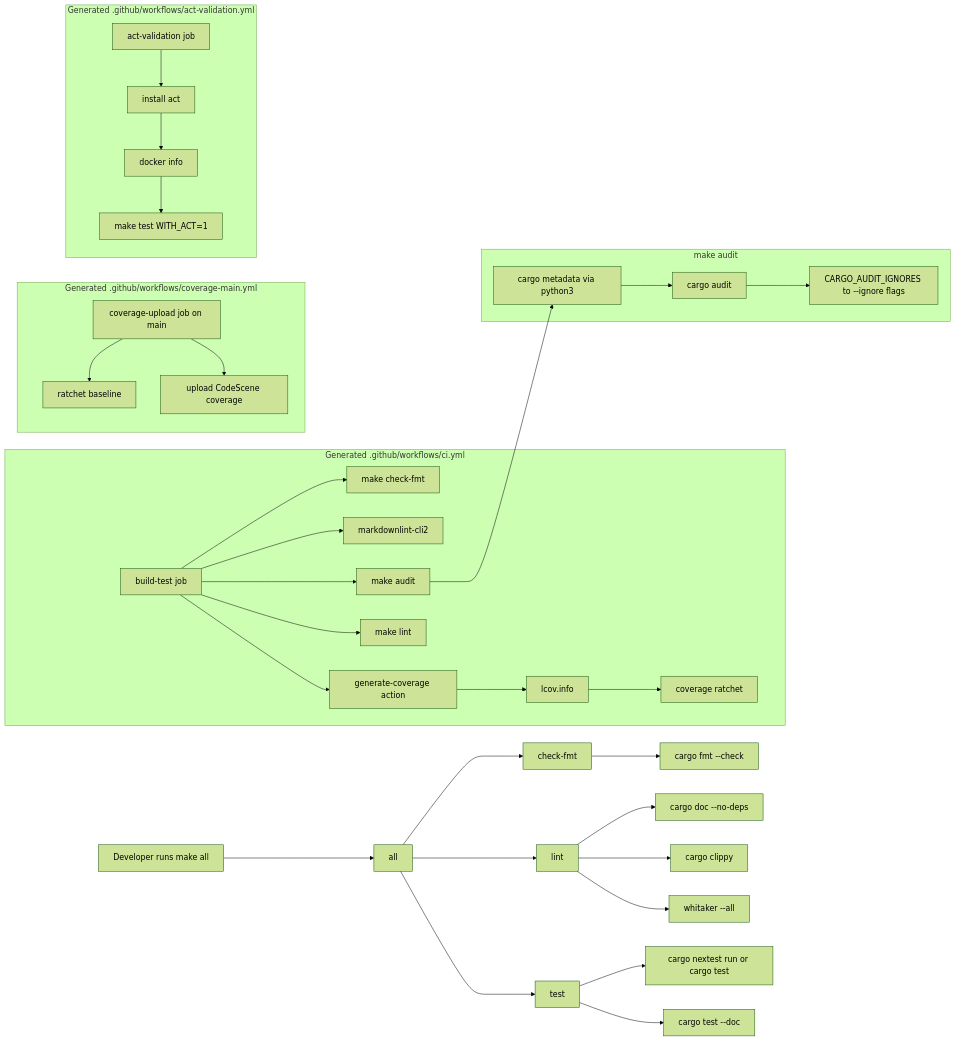
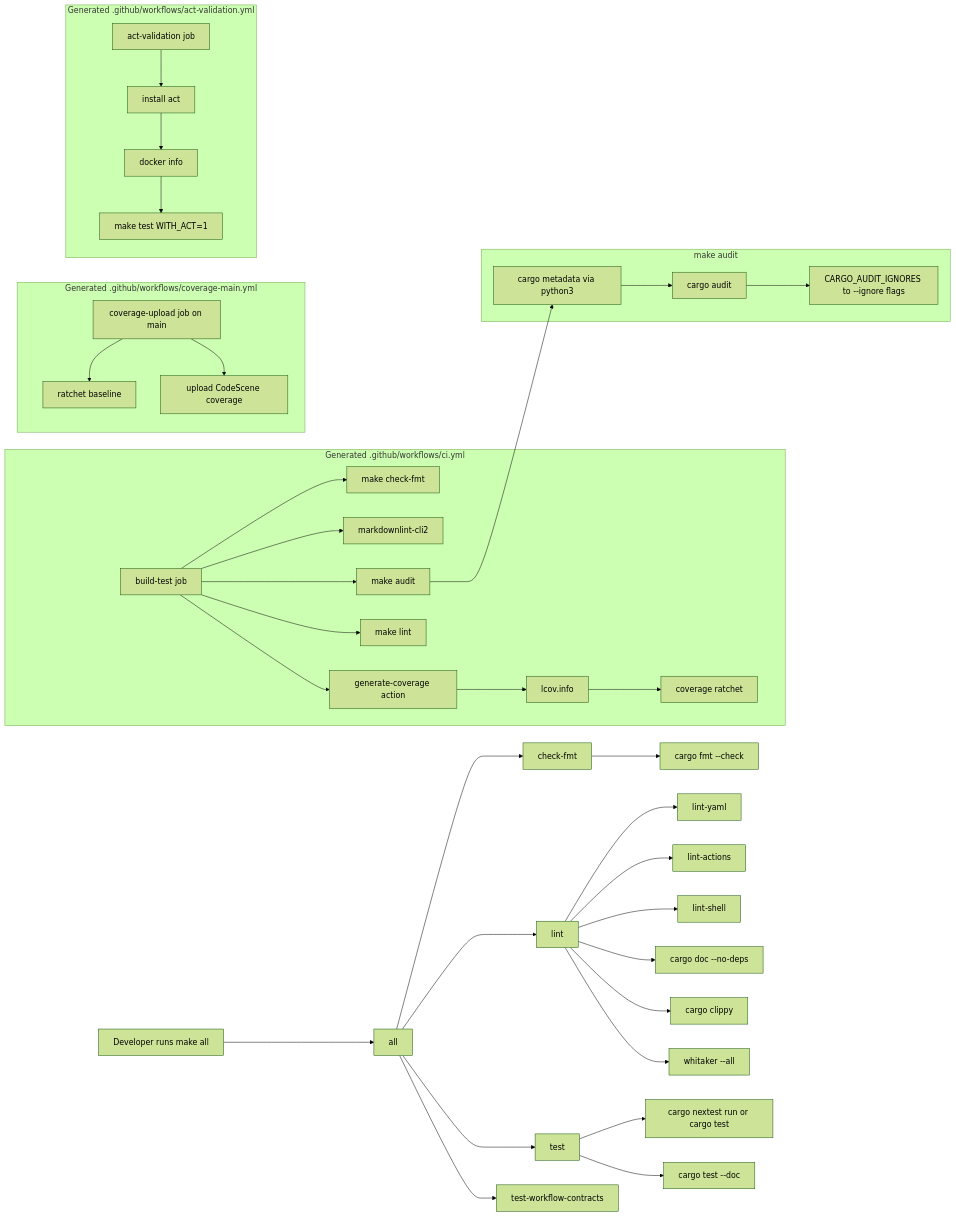
One commit to leynos/agent-template-rust changed the diagram in README.md. Above: the diagram before and after it, drawn with Mermaid (forest theme). The commit also changed 8 other files, not shown here.

````diff
--- a/README.md
+++ b/README.md
@@ -81,44 +81,48 @@
 ```mermaid
 flowchart LR
     Dev[Developer runs make all] --> All[all]
     All --> CheckFmt[check-fmt]
     All --> Lint[lint]
     All --> Test[test]
+    All --> WorkflowContracts[test-workflow-contracts]
 
     CheckFmt --> CargoFmt[cargo fmt --check]
+    Lint --> YamlLint[lint-yaml]
+    Lint --> ActionLint[lint-actions]
+    Lint --> ShellLint[lint-shell]
     Lint --> RustDoc[cargo doc --no-deps]
     Lint --> Clippy[cargo clippy]
     Lint --> Whitaker[whitaker --all]
     Test --> NextestOrCargo[cargo nextest run or cargo test]
     Test --> DocTests[cargo test --doc]
 
     subgraph Main_CI[Generated .github/workflows/ci.yml]
         CI[build-test job]
         CI --> CIFormat[make check-fmt]
         CI --> MarkdownLint[markdownlint-cli2]
         CI --> CIAudit[make audit]
         CI --> CILint[make lint]
         CI --> Coverage[generate-coverage action]
         Coverage --> Lcov[lcov.info]
         Lcov --> Ratchet[coverage ratchet]
     end
 
     subgraph Main_Coverage[Generated .github/workflows/coverage-main.yml]
         Publisher[coverage-upload job on main]
         Publisher --> Baseline[ratchet baseline]
         Publisher --> CodeScene[upload CodeScene coverage]
     end
 
     subgraph Audit_Target[make audit]
         CIAudit --> Metadata[cargo metadata via python3]
         Metadata --> CargoAudit[cargo audit]
         CargoAudit --> Ignores[CARGO_AUDIT_IGNORES to --ignore flags]
     end
 
     subgraph Act_Validation[Generated .github/workflows/act-validation.yml]
         ActWorkflow[act-validation job]
         ActWorkflow --> InstallAct[install act]
         InstallAct --> DockerInfo[docker info]
         DockerInfo --> ActTests[make test WITH_ACT=1]
     end
 ```
````
